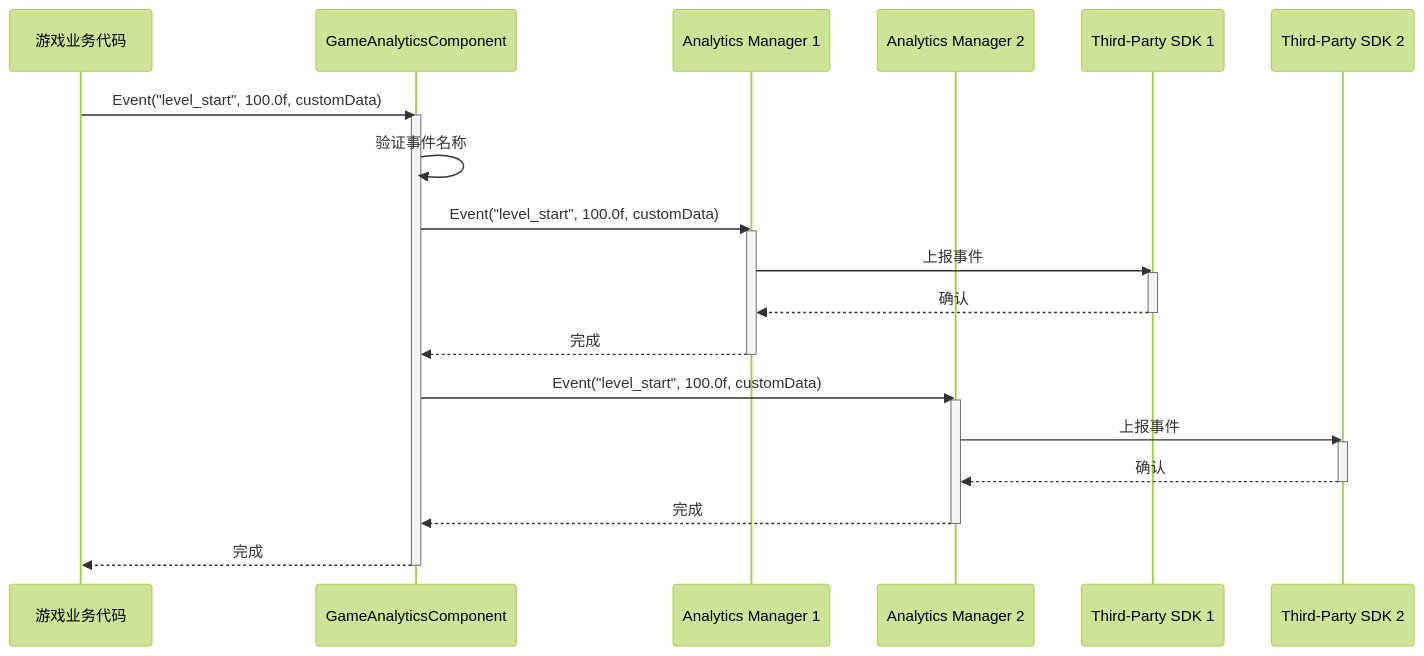
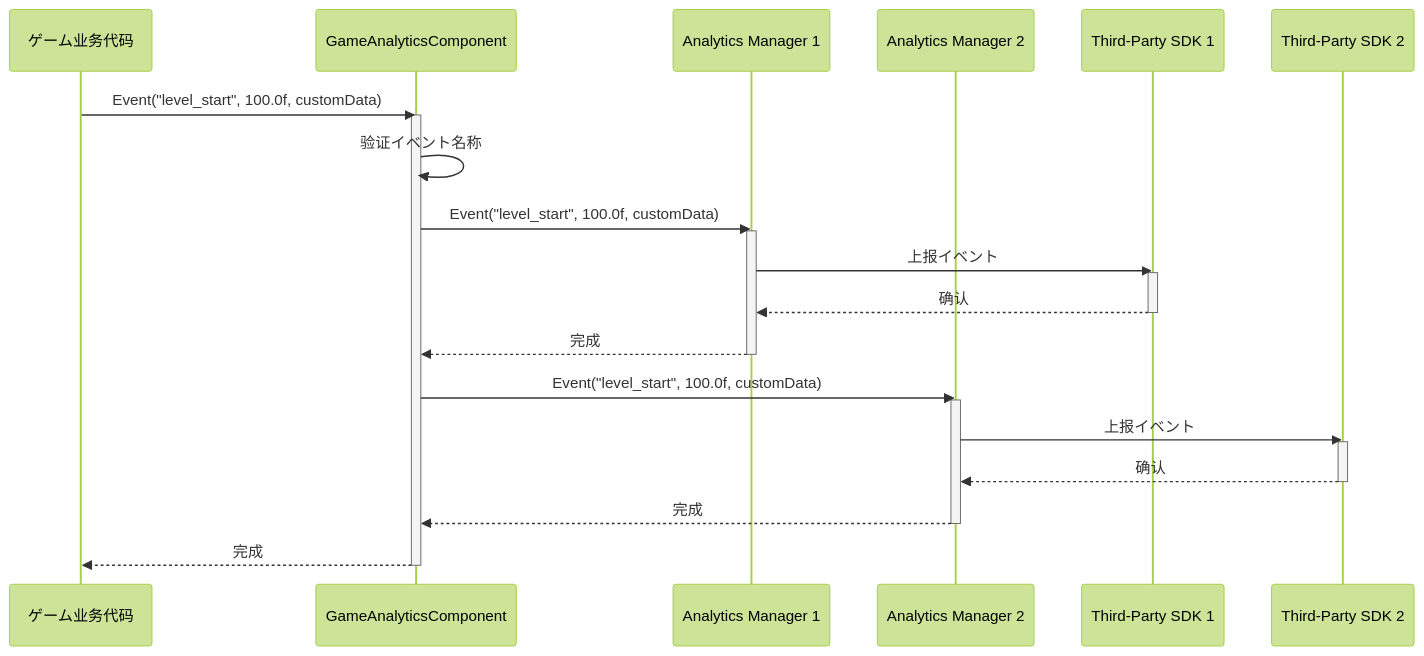
The fourth of 5 diagrams in docs/ja/client/unity/component/gameanalytics/04.features.md (AlianBlank/GameFrameX.Docs), drawn with Mermaid (forest theme) before and after one commit. The commit also changed other lines of this file and 603 other files, not shown here.

````diff
--- a/docs/ja/client/unity/component/gameanalytics/04.features.md
+++ b/docs/ja/client/unity/component/gameanalytics/04.features.md
@@ -183,31 +183,31 @@
 ```mermaid
 sequenceDiagram
-    participant GameCode as 游戏业务代码
+    participant GameCode as ゲーム业务代码
     participant GAComp as GameAnalyticsComponent
     participant Manager1 as Analytics Manager 1
     participant Manager2 as Analytics Manager 2
     participant SDK1 as Third-Party SDK 1
     participant SDK2 as Third-Party SDK 2
 
     GameCode->>GAComp: Event("level_start", 100.0f, customData)
     activate GAComp
-    GAComp->>GAComp: 验证事件名称
+    GAComp->>GAComp: 验证イベント名称
     GAComp->>Manager1: Event("level_start", 100.0f, customData)
     activate Manager1
-    Manager1->>SDK1: 上报事件
+    Manager1->>SDK1: 上报イベント
     activate SDK1
     SDK1-->>Manager1: 确认
     deactivate SDK1
     Manager1-->>GAComp: 完成
     deactivate Manager1
     GAComp->>Manager2: Event("level_start", 100.0f, customData)
     activate Manager2
-    Manager2->>SDK2: 上报事件
+    Manager2->>SDK2: 上报イベント
     activate SDK2
     SDK2-->>Manager2: 确认
     deactivate SDK2
     Manager2-->>GAComp: 完成
     deactivate Manager2
     GAComp-->>GameCode: 完成
     deactivate GAComp
 ```
````
